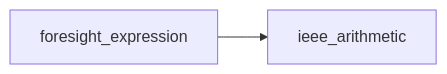
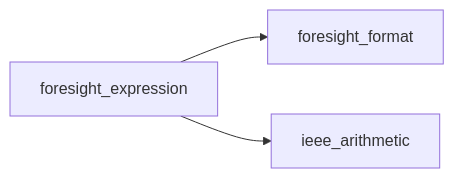
Before and after one commit to szaghi/foresight: the first of 19 diagrams in docs/api/src/lib/foresight_expression.md, drawn with Mermaid. The commit also changed other lines of this file and 97 other files, not shown here.

````diff
--- a/docs/api/src/lib/foresight_expression.md
+++ b/docs/api/src/lib/foresight_expression.md
@@ -29,4 +31,5 @@
 ```mermaid
 graph LR
+  foresight_expression["foresight_expression"] --> foresight_format["foresight_format"]
   foresight_expression["foresight_expression"] --> ieee_arithmetic["ieee_arithmetic"]
 ```
````
